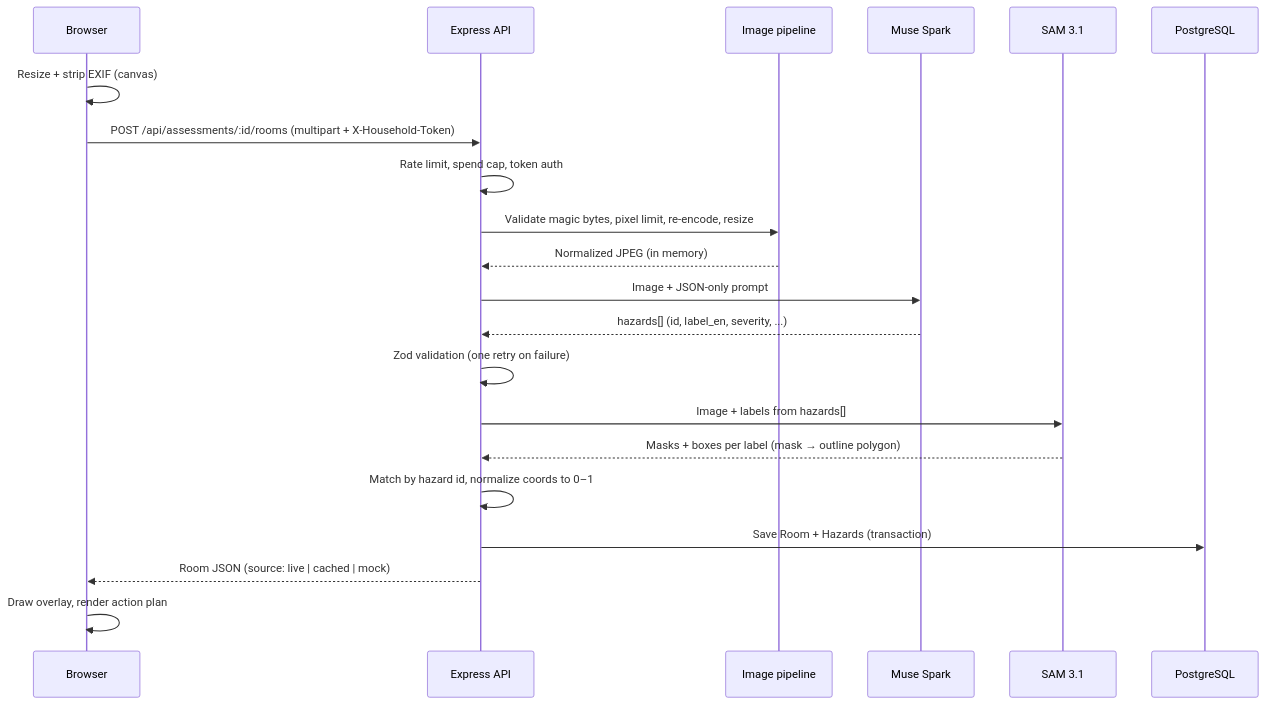
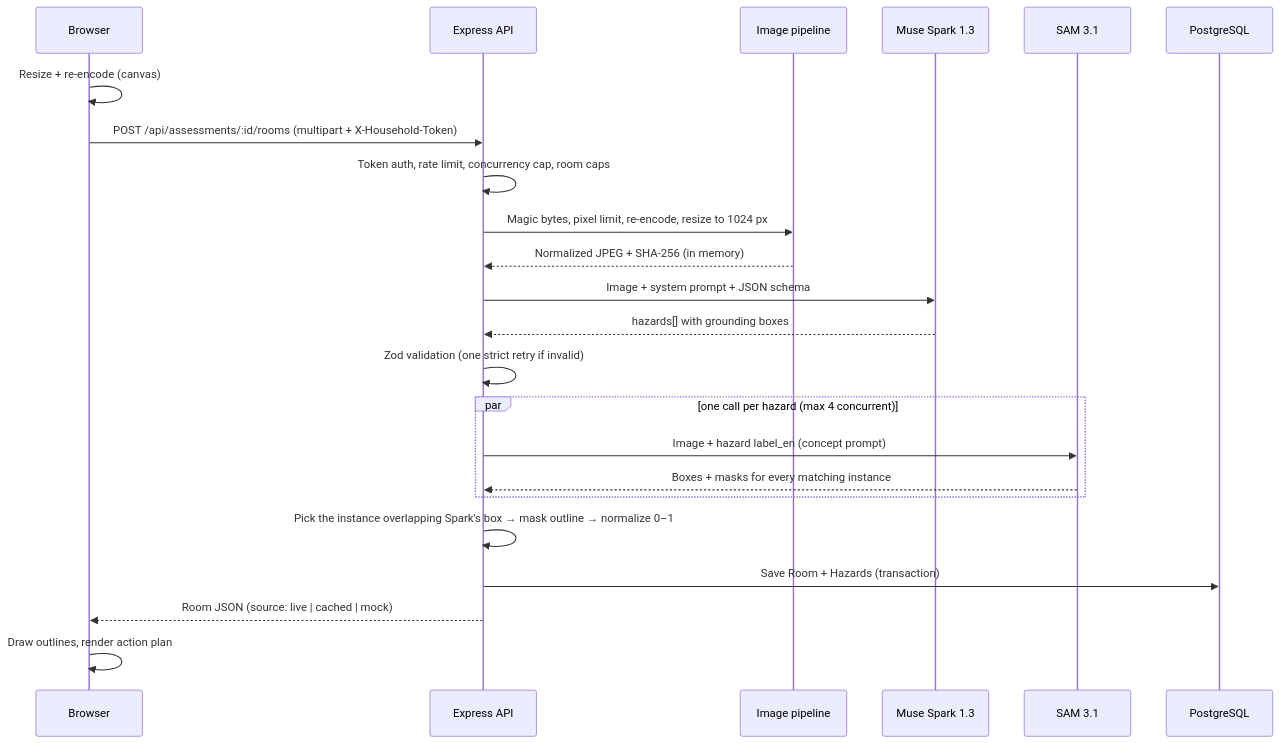
The second of 2 diagrams in docs/ARCHITECTURE.md (KarlaPocasangre/aegis-home), drawn with Mermaid before and after one commit. The commit also changed other lines of this file and 8 other files, not shown here.

````diff
--- a/docs/ARCHITECTURE.md
+++ b/docs/ARCHITECTURE.md
@@ -143,24 +152,26 @@
 ```mermaid
 sequenceDiagram
     participant U as Browser
     participant A as Express API
     participant P as Image pipeline
-    participant S as Muse Spark
+    participant S as Muse Spark 1.3
     participant M as SAM 3.1
     participant D as PostgreSQL
 
-    U->>U: Resize + strip EXIF (canvas)
+    U->>U: Resize + re-encode (canvas)
     U->>A: POST /api/assessments/:id/rooms (multipart + X-Household-Token)
-    A->>A: Rate limit, spend cap, token auth
-    A->>P: Validate magic bytes, pixel limit, re-encode, resize
-    P-->>A: Normalized JPEG (in memory)
-    A->>S: Image + JSON-only prompt
-    S-->>A: hazards[] (id, label_en, severity, ...)
-    A->>A: Zod validation (one retry on failure)
-    A->>M: Image + labels from hazards[]
-    M-->>A: Masks + boxes per label (mask → outline polygon)
-    A->>A: Match by hazard id, normalize coords to 0–1
+    A->>A: Token auth, rate limit, concurrency cap, room caps
+    A->>P: Magic bytes, pixel limit, re-encode, resize to 1024 px
+    P-->>A: Normalized JPEG + SHA-256 (in memory)
+    A->>S: Image + system prompt + JSON schema
+    S-->>A: hazards[] with grounding boxes
+    A->>A: Zod validation (one strict retry if invalid)
+    par one call per hazard (max 4 concurrent)
+        A->>M: Image + hazard label_en (concept prompt)
+        M-->>A: Boxes + masks for every matching instance
+    end
+    A->>A: Pick the instance overlapping Spark's box → mask outline → normalize 0–1
     A->>D: Save Room + Hazards (transaction)
     A-->>U: Room JSON (source: live | cached | mock)
-    U->>U: Draw overlay, render action plan
+    U->>U: Draw outlines, render action plan
 ```
````
